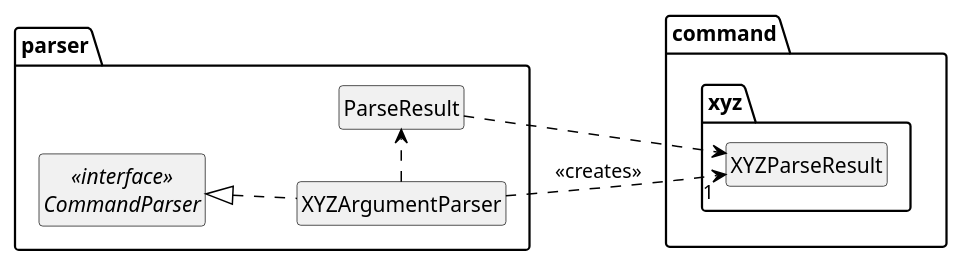
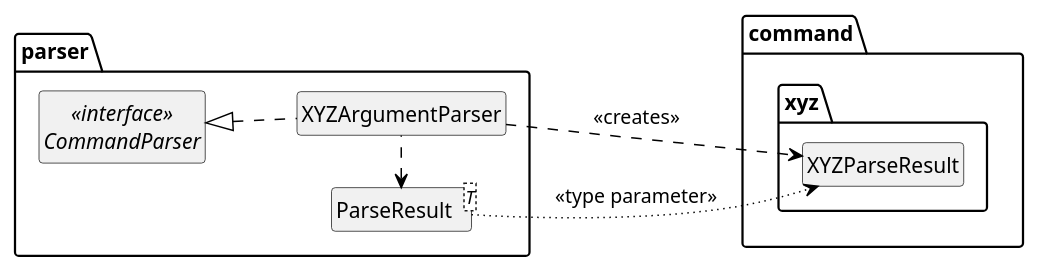
One commit to randust/tp changed the diagram in docs/diagrams/class/command_parser.puml. Above: the diagram before and after it, drawn with PlantUML. The commit also changed 1 other file, not shown here.

Commit message:
Update Command Parser UML class diagram

```diff
--- a/docs/diagrams/class/command_parser.puml
+++ b/docs/diagrams/class/command_parser.puml
@@ -1,43 +1,39 @@
 @startuml
 
 skinparam classArrowColor Black
 skinparam defaultTextAlignment center
 skinparam groupInheritance 1
 hide circle
 hide members
 left to right direction
 
 ' Parser package
 package "parser" {
     interface "<<interface>>\nCommandParser" as CommandParser {
     }
 
-    class ParseResult {
+    class "ParseResult<T>" as ParseResult {
         + success(result: T): ParseResult<T>
         + failure(errorMessage: String): ParseResult<T>
     }
 
     class XYZArgumentParser {
         + parse(input: String): ParseResult<XYZParseResult>
     }
-
 }
 
 ' Command packages
 package "command.xyz" {
     class XYZParseResult
 }
 
-' Relationships
+' Relationships (keeping your exact arrow styles)
 CommandParser <|.. XYZArgumentParser
 
+XYZArgumentParser .l.> ParseResult
 
-XYZArgumentParser .>  ParseResult
+XYZArgumentParser ..> XYZParseResult : <<creates>>
 
-XYZArgumentParser ..> "1" XYZParseResult : <<creates>>
-
-
-ParseResult .right.> command.xyz.XYZParseResult
-
+ParseResult .right[dotted].> XYZParseResult : <<type parameter>>
 
 @enduml
```
